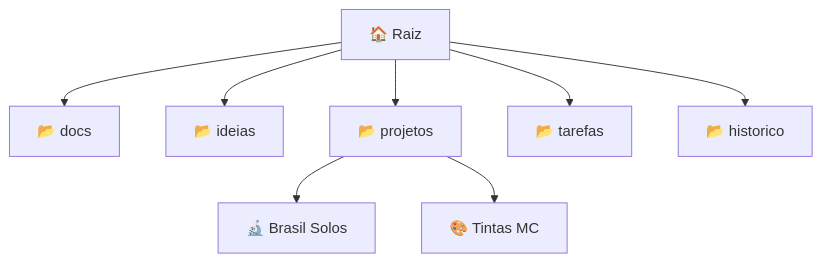
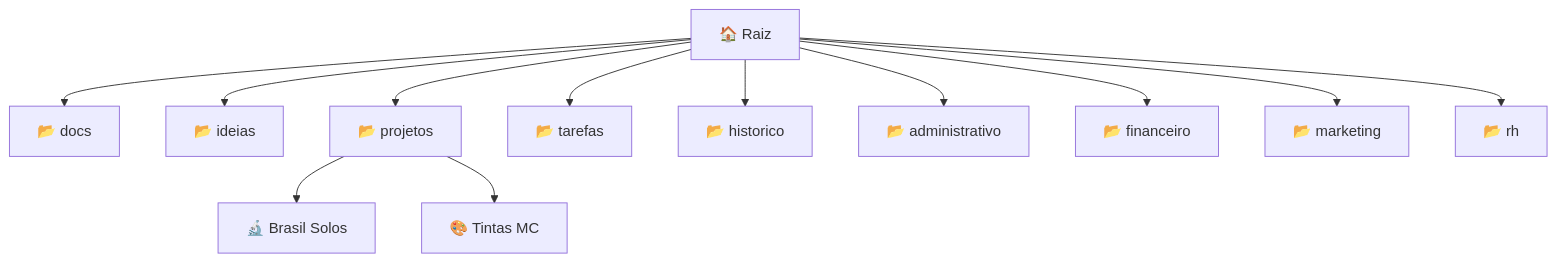
One commit to suporte-tars/agentesIA changed the diagram in README.md. Above: the diagram before and after it, drawn with Mermaid. The commit also changed 11 other files, not shown here.

````diff
--- a/README.md
+++ b/README.md
@@ -3,19 +3,27 @@
 ```mermaid
 flowchart TD
     A[🏠 Raiz] --> B[📂 docs]
     A --> C[📂 ideias]
     A --> D[📂 projetos]
     D --> D1[🔬 Brasil Solos]
     D --> D2[🎨 Tintas MC]
     A --> E[📂 tarefas]
     A --> F[📂 historico]
+    A --> G[📂 administrativo]
+    A --> H[📂 financeiro]
+    A --> I[📂 marketing]
+    A --> J[📂 rh]
 
     click A "./" _self
     click B "docs/" _self
     click C "ideias/" _self
     click D "projetos/" _self
     click D1 "projetos/brasil-solos/" _self
     click D2 "projetos/tintas-mc/" _self
     click E "tarefas/" _self
     click F "historico/" _self
+    click G "administrativo/" _self
+    click H "financeiro/" _self
+    click I "marketing/" _self
+    click J "rh/" _self
 ```
````
